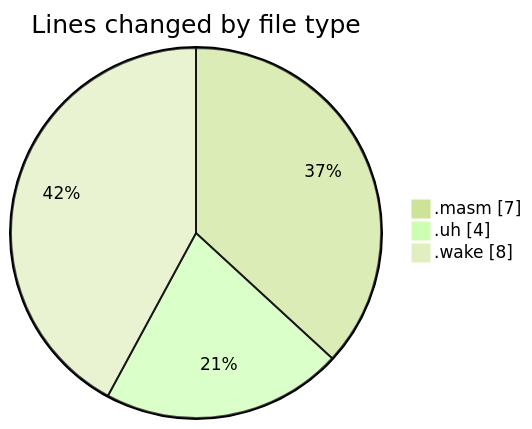
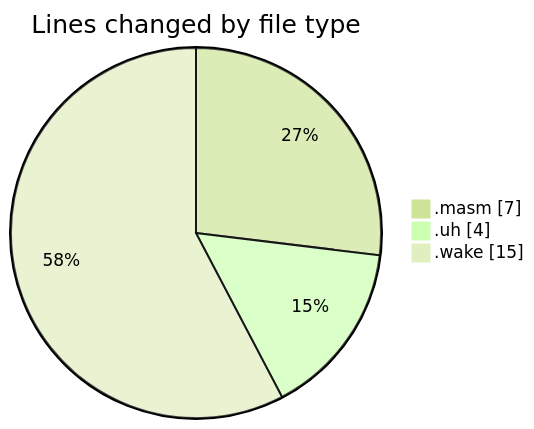
The first of 2 diagrams in 2025-04-28/micro-assembly/README.md (charlie-sans/code-tracking), drawn with Mermaid (forest theme) before and after one commit. The commit also changed other lines of this file and 1 other file, not shown here.

````diff
--- a/2025-04-28/micro-assembly/README.md
+++ b/2025-04-28/micro-assembly/README.md
@@ -22,7 +22,7 @@
 ```mermaid
 pie showData
 title Lines changed by file type
 ".masm" : 7
 ".uh" : 4
-".wake" : 8
+".wake" : 15
 ```
````
